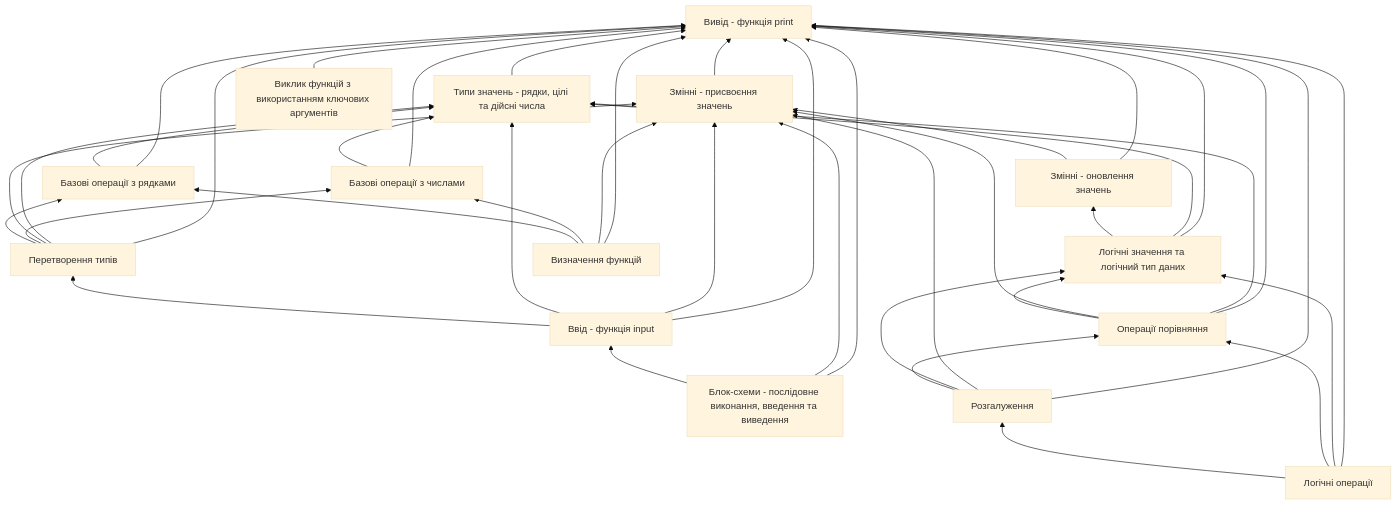
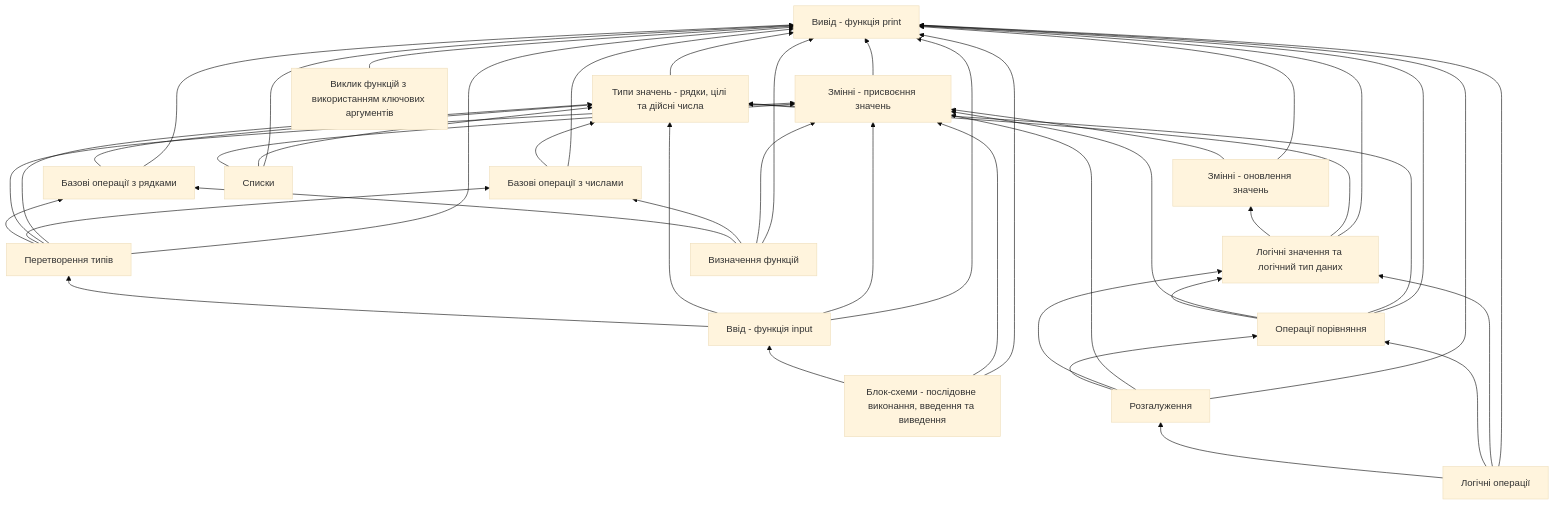
Before and after one commit to EugeneLoy/nauklit-python-8: the diagram in Залежності.md, drawn with Mermaid (base theme). The commit also changed 1 other file, not shown here.

Commit message:
added lists to dependencies, updated readme with cheat sheet

````diff
--- a/Залежності.md
+++ b/Залежності.md
@@ -5,59 +5,63 @@
 ```mermaid
 graph BT
     A["Вивід - функція print"] 
     B["Типи значень - рядки, цілі та дійсні числа"]
     C["Змінні - присвоєння значень"]
     D["Змінні - оновлення значень"]
     E["Базові операції з числами"]
     F["Базові операції з рядками"]
     G["Перетворення типів"]
     H["Ввід - функція input"]
     I["Блок-схеми - послідовне виконання, введення та виведення"]
     J["Логічні значення та логічний тип даних"]
     K["Операції порівняння"]
     L["Логічні операції"]
     M["Розгалуження"]
     N["Виклик функцій з використанням ключових аргументів"]
     O["Визначення функцій"]
-    
+    P["Списки"]
+
     B --> A
     C --> A
     D --> A
     D --> C
     E --> A
     E --> B
     F --> A
     F --> B
     G --> A
     G --> B
     G --> C
     G --> E
     G --> F
     H --> A
     H --> C
     H --> B
     H --> G
     I --> A
     I --> C
     I --> H
     J --> A
     J --> B
     J --> D
     K --> A
     K --> B
     K --> C
     K --> J
     L --> A
     L --> J
     L --> K
     L --> M
     M --> A
     M --> C
     M --> J
     M --> K
     N --> A
     O --> A
     O --> C
     O --> E
     O --> F
+    P --> A
+    P --> B
+    P --> C
 ```
````
